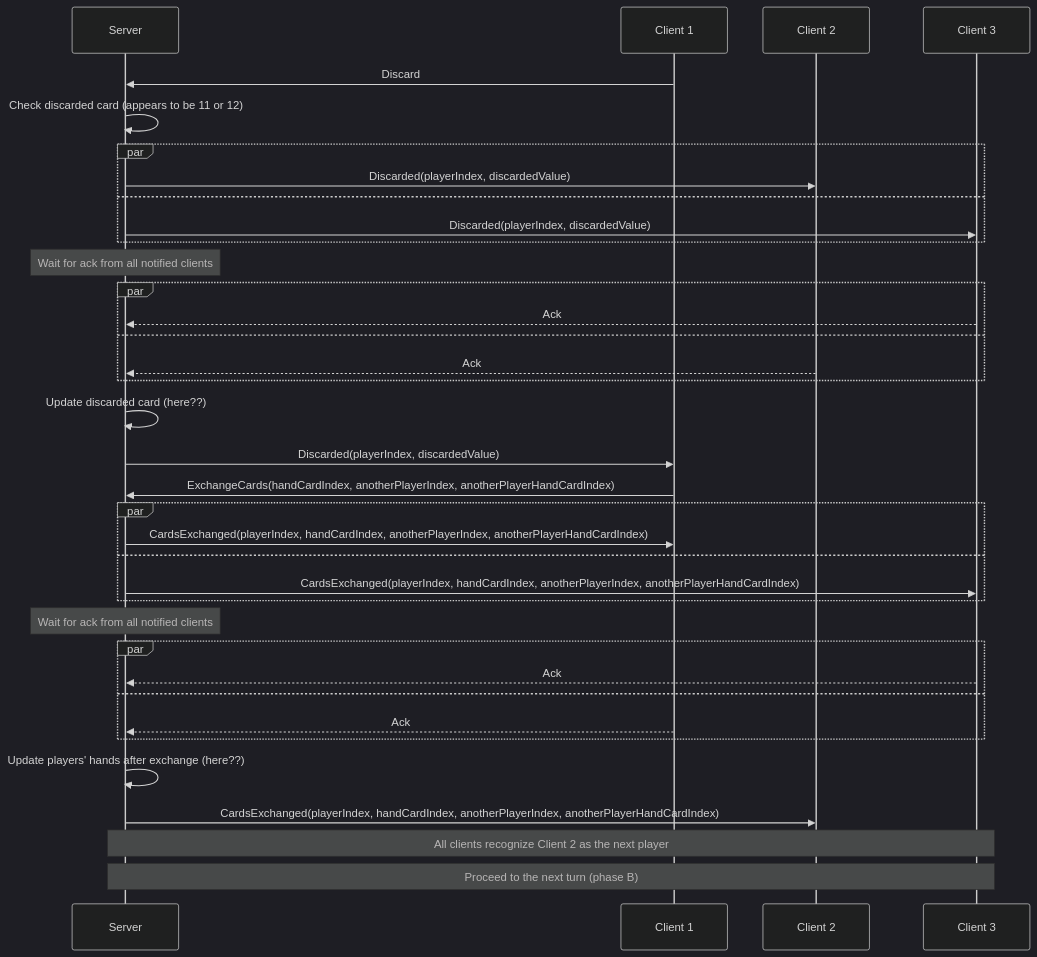
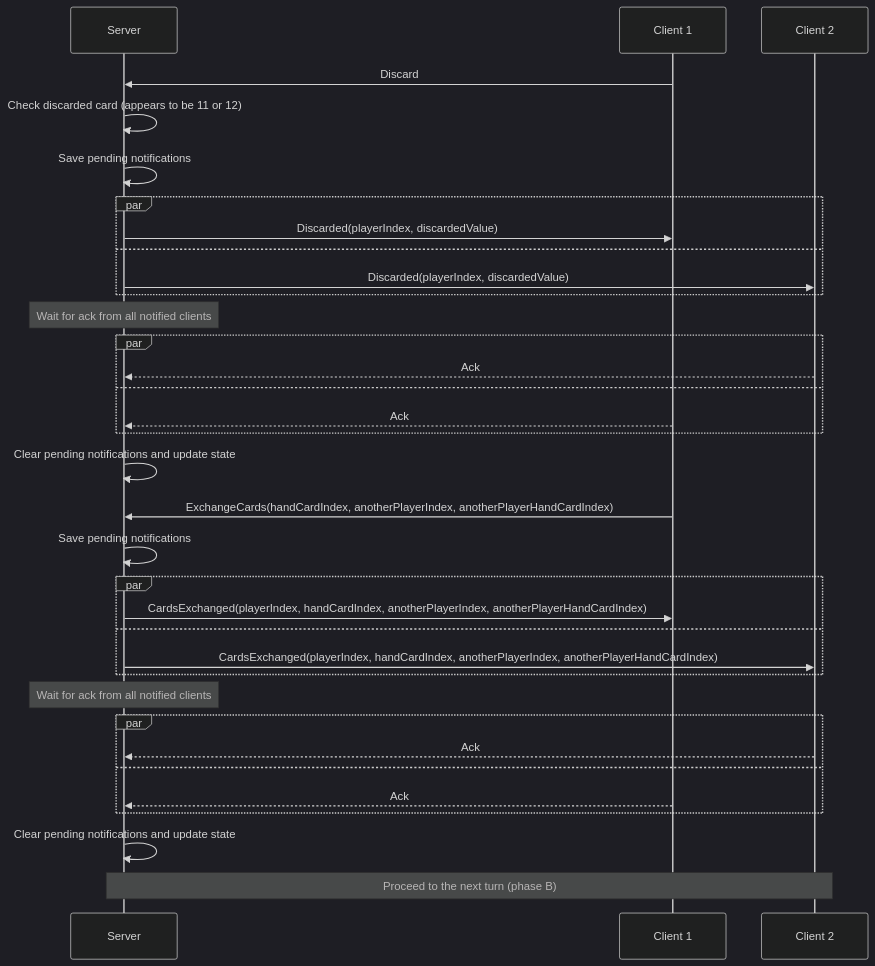
One commit to roman-zubarevich/another changed diagram 12 of 14 in README.md. Above: the diagram before and after it, drawn with Mermaid (dark theme). The commit also changed other lines of this file, not shown here.

````diff
--- a/README.md
+++ b/README.md
@@ -308,38 +308,36 @@
 ```mermaid
 sequenceDiagram
     participant S as Server
     participant C1 as Client 1
     participant C2 as Client 2
-    participant C3 as Client 3
     C1->>S: Discard
     S->>S: Check discarded card (appears to be 11 or 12)
+    S->>S: Save pending notifications
     par
+        S->>C1: Discarded(playerIndex, discardedValue)
+    and
         S->>C2: Discarded(playerIndex, discardedValue)
-    and
-        S->>C3: Discarded(playerIndex, discardedValue)
     end
     Note over S: Wait for ack from all notified clients
     par
-        C3-->>S: Ack
+        C2-->>S: Ack
     and
-        C2-->>S: Ack
+        C1-->>S: Ack
     end
-    S->>S: Update discarded card (here??)
-    S->>C1: Discarded(playerIndex, discardedValue)
+    S->>S: Clear pending notifications and update state
     C1->>S: ExchangeCards(handCardIndex, anotherPlayerIndex, anotherPlayerHandCardIndex)
+    S->>S: Save pending notifications
     par
         S->>C1: CardsExchanged(playerIndex, handCardIndex, anotherPlayerIndex, anotherPlayerHandCardIndex)
     and
-        S->>C3: CardsExchanged(playerIndex, handCardIndex, anotherPlayerIndex, anotherPlayerHandCardIndex)
+        S->>C2: CardsExchanged(playerIndex, handCardIndex, anotherPlayerIndex, anotherPlayerHandCardIndex)
     end
     Note over S: Wait for ack from all notified clients
     par
-        C3-->>S: Ack
+        C2-->>S: Ack
     and
         C1-->>S: Ack
     end
-    S->>S: Update players' hands after exchange (here??)
-    S->>C2: CardsExchanged(playerIndex, handCardIndex, anotherPlayerIndex, anotherPlayerHandCardIndex)
-    Note over S,C3: All clients recognize Client 2 as the next player
-    Note over S,C3: Proceed to the next turn (phase B)
+    S->>S: Clear pending notifications and update state
+    Note over S,C2: Proceed to the next turn (phase B)
 ```
````
